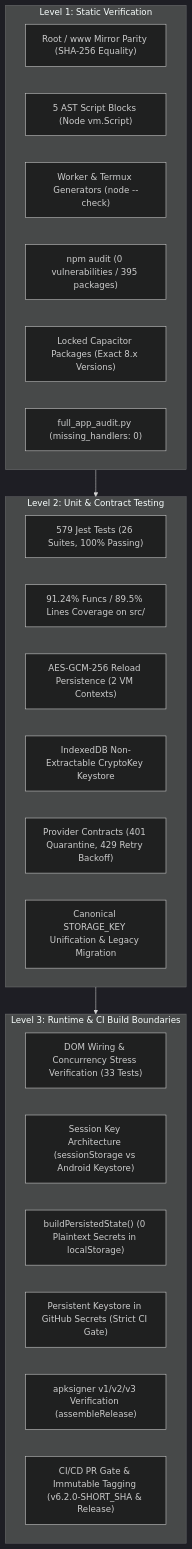
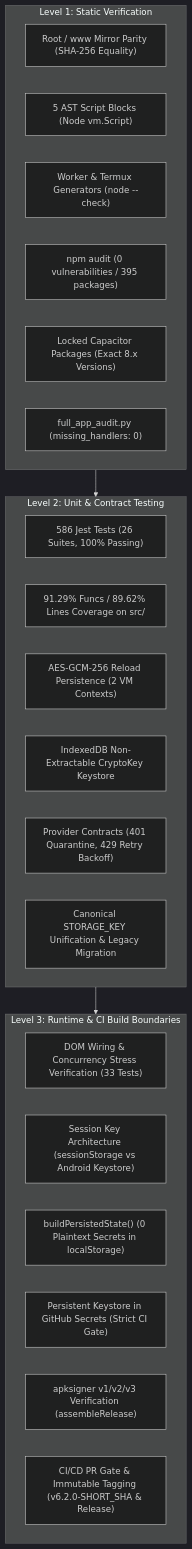
The first of 2 diagrams in AUDIT_REPORT.md (dicardotr46-max/EG-Nexus-OS), drawn with Mermaid (dark theme) before and after one commit. The commit also changed other lines of this file and 21 other files, not shown here.

````diff
--- a/AUDIT_REPORT.md
+++ b/AUDIT_REPORT.md
@@ -21,32 +21,32 @@
 ```mermaid
 flowchart TD
     subgraph LEVEL_1["Level 1: Static Verification"]
         PARITY["Root / www Mirror Parity (SHA-256 Equality)"]
         AST["5 AST Script Blocks (Node vm.Script)"]
         TMPL["Worker & Termux Generators (node --check)"]
         NPM["npm audit (0 vulnerabilities / 395 packages)"]
         PINS["Locked Capacitor Packages (Exact 8.x Versions)"]
         PARSER["full_app_audit.py (missing_handlers: 0)"]
     end
 
     subgraph LEVEL_2["Level 2: Unit & Contract Testing"]
-        JEST["579 Jest Tests (26 Suites, 100% Passing)"]
-        COV["91.24% Funcs / 89.5% Lines Coverage on src/"]
+        JEST["586 Jest Tests (26 Suites, 100% Passing)"]
+        COV["91.29% Funcs / 89.62% Lines Coverage on src/"]
         RELOAD["AES-GCM-256 Reload Persistence (2 VM Contexts)"]
         IDB_KEY["IndexedDB Non-Extractable CryptoKey Keystore"]
         PROVIDER["Provider Contracts (401 Quarantine, 429 Retry Backoff)"]
         STORAGE_UNIF["Canonical STORAGE_KEY Unification & Legacy Migration"]
     end
 
     subgraph LEVEL_3["Level 3: Runtime & CI Build Boundaries"]
         DOM_WIRING["DOM Wiring & Concurrency Stress Verification (33 Tests)"]
         SESSION["Session Key Architecture (sessionStorage vs Android Keystore)"]
         STRIP["buildPersistedState() (0 Plaintext Secrets in localStorage)"]
         SECRETS_GATE["Persistent Keystore in GitHub Secrets (Strict CI Gate)"]
         SIGN["apksigner v1/v2/v3 Verification (assembleRelease)"]
         GATE["CI/CD PR Gate & Immutable Tagging (v6.2.0-SHORT_SHA & Release)"]
     end
 
     LEVEL_1 --> LEVEL_2
     LEVEL_2 --> LEVEL_3
 ```
````
